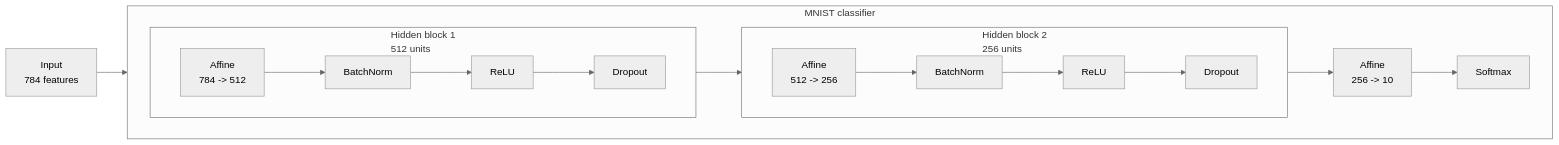
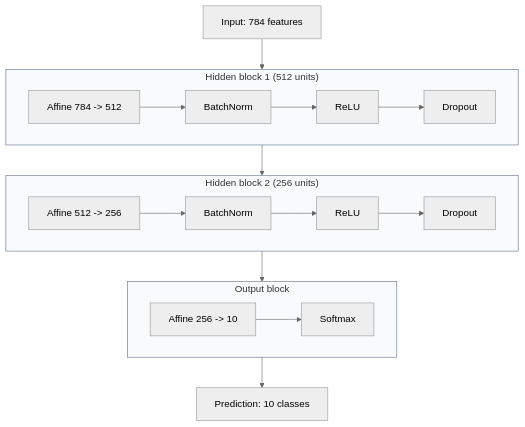
Before and after one commit to YangSiJun528/WEEK13_mnist-lab: the diagram in REPORT_STRATEGY_COMPARISON.md, drawn with Mermaid (neutral theme).

Commit message:
Simplify model Mermaid diagram

````diff
--- a/REPORT_STRATEGY_COMPARISON.md
+++ b/REPORT_STRATEGY_COMPARISON.md
@@ -36,24 +36,28 @@
 ```mermaid
-flowchart LR
-    Input["Input<br/>784 features"]
+flowchart TB
+    Input["Input: 784 features"]
 
-    subgraph Model["MNIST classifier"]
+    subgraph Hidden1["Hidden block 1 (512 units)"]
         direction LR
-
-        subgraph Hidden1["Hidden block 1<br/>512 units"]
-            direction LR
-            A1["Affine<br/>784 -> 512"] --> BN1["BatchNorm"] --> R1["ReLU"] --> D1["Dropout"]
-        end
-
-        subgraph Hidden2["Hidden block 2<br/>256 units"]
-            direction LR
-            A2["Affine<br/>512 -> 256"] --> BN2["BatchNorm"] --> R2["ReLU"] --> D2["Dropout"]
-        end
-
-        Out["Affine<br/>256 -> 10"] --> Softmax["Softmax"]
+        H1A["Affine 784 -> 512"] --> H1B["BatchNorm"] --> H1C["ReLU"] --> H1D["Dropout"]
     end
 
-    Input --> A1
-    D1 --> A2
-    D2 --> Out
+    subgraph Hidden2["Hidden block 2 (256 units)"]
+        direction LR
+        H2A["Affine 512 -> 256"] --> H2B["BatchNorm"] --> H2C["ReLU"] --> H2D["Dropout"]
+    end
+
+    subgraph Output["Output block"]
+        direction LR
+        OA["Affine 256 -> 10"] --> OS["Softmax"]
+    end
+
+    Input --> H1A
+    H1D --> H2A
+    H2D --> OA
+    OS --> Prediction["Prediction: 10 classes"]
+
+    style Hidden1 fill:#f8fafc,stroke:#64748b,stroke-width:1px
+    style Hidden2 fill:#f8fafc,stroke:#64748b,stroke-width:1px
+    style Output fill:#f8fafc,stroke:#64748b,stroke-width:1px
 ```
````
